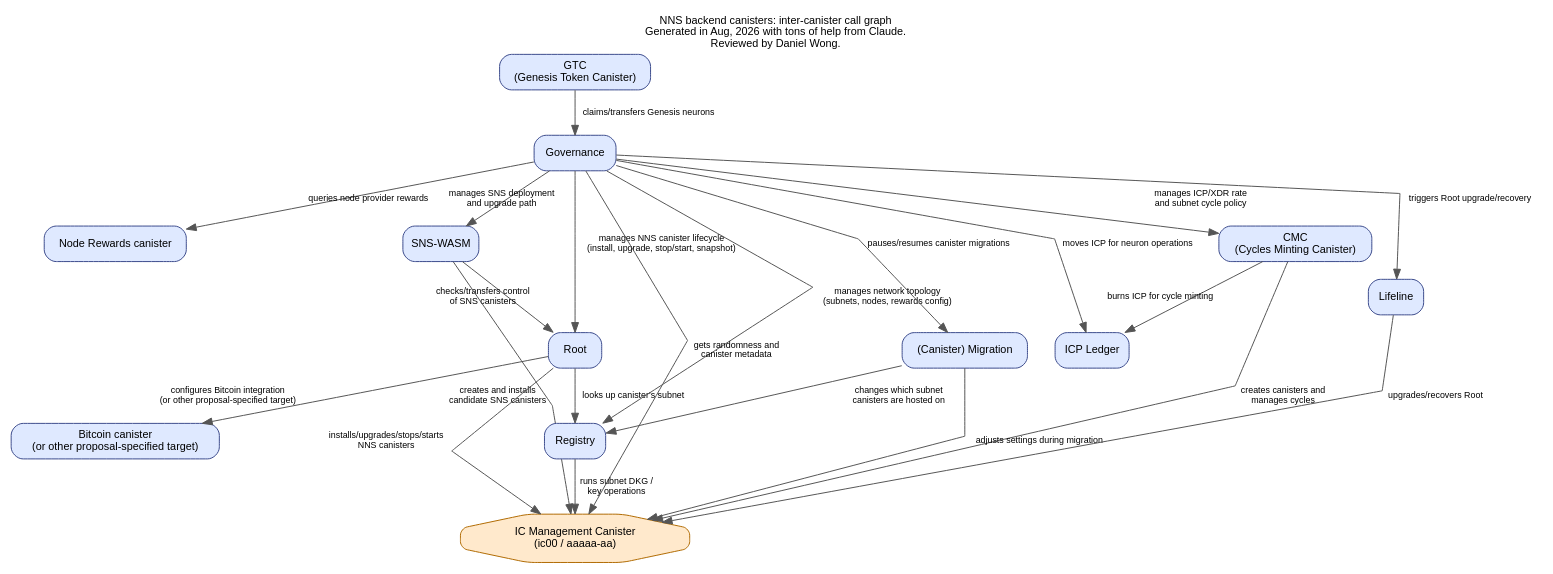
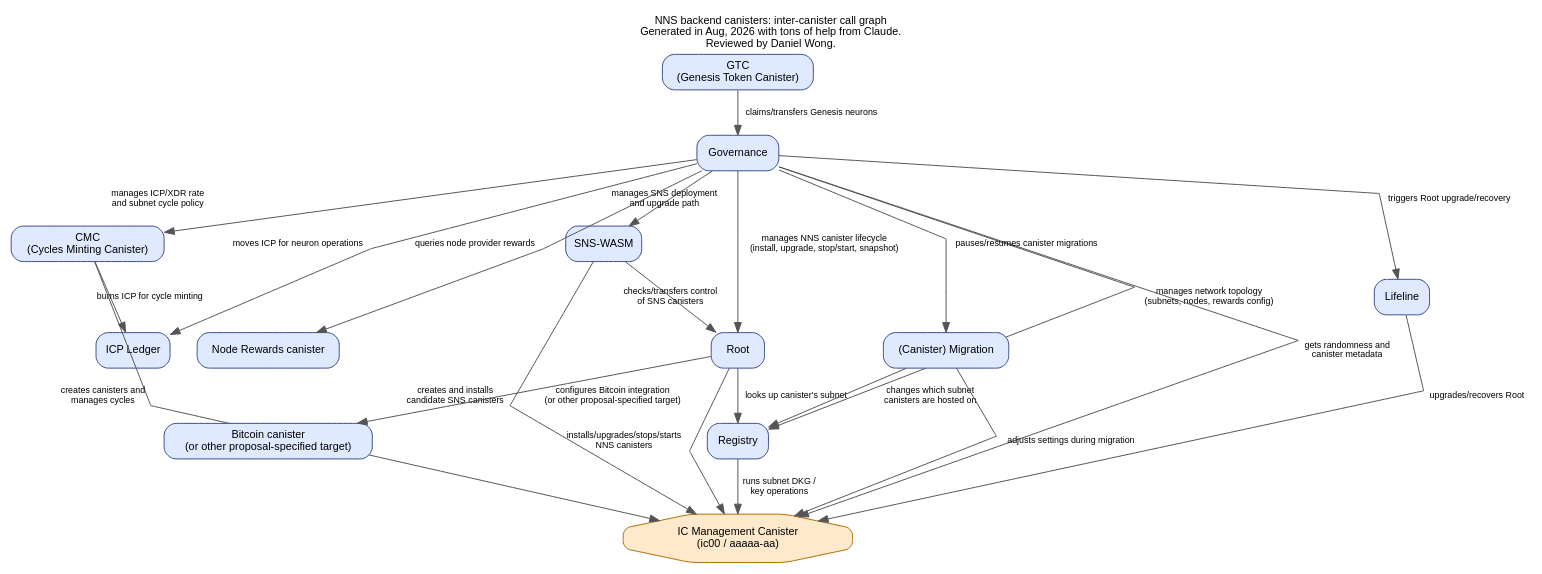
One commit to dfinity/ic changed the diagram in rs/nns/docs/canister_call_graph.dot. Above: the diagram before and after it, drawn with Graphviz. The commit also changed 1 other file, not shown here.

```diff
--- a/rs/nns/docs/canister_call_graph.dot
+++ b/rs/nns/docs/canister_call_graph.dot
@@ -12,24 +12,41 @@
   // effectively part of the trunk itself, not just adjacent to it -- it
   // installs/upgrades every other NNS canister -- and its Governance -> Root
   // / Root -> Registry edges are weighted (weight=20, see below) to actually
-  // pull it onto the trunk line; SnsWasm/Cmc/Ledger form the next ring in;
-  // and NodeRewards/ArbitraryCanister (left) and Migration/Lifeline (right)
-  // are the peripheral, narrow-scope canisters. This is a judgment call, not
-  // a rigid formula -- see PR discussion for the reasoning. Note that dot's
-  // layout is driven mostly by actual edge structure rather than pure
-  // declaration order once a node has more than one real edge, so getting
-  // this ring structure to render as intended also requires the invisible
-  // ordering edge down by the real edges (see below).
+  // pull it onto the trunk line. This is a judgment call, not a rigid
+  // formula -- see PR discussion for the reasoning. Note that dot's layout
+  // is driven mostly by actual edge structure rather than pure declaration
+  // order once a node has more than one real edge, so getting this ring
+  // structure to render as intended also requires the invisible ordering
+  // edge down by the real edges (see below).
+  //
+  // Left side: SnsWasm sits in the innermost ring (closest to the trunk, via
+  // its SnsWasm -> Root edge); Cmc/Ledger and the peripheral,
+  // narrow-scope NodeRewards/ArbitraryCanister sit further out. Cmc/Ledger
+  // were moved here (they used to sit on the right, next to the trunk) to
+  // rebalance the two sides after Root was pulled fully onto the trunk --
+  // that change alone had made the right side visibly heavier. Empirically
+  // (via `dot -Tplain` coordinates) this declaration order -- SnsWasm, then
+  // Cmc/Ledger, then NodeRewards/ArbitraryCanister -- is what keeps the
+  // trunk straight while landing Cmc/Ledger on the left; other orderings
+  // tried either bent the trunk or flipped SnsWasm to the right side (moving
+  // it away from the trunk, undoing its own closer-to-trunk positioning).
+  // Moving Migration to the left instead of/alongside Cmc/Ledger was also
+  // tried (per PR discussion) but consistently broke the trunk's
+  // straightness or collapsed the whole layout to one side, so Migration
+  // stays on the right with Lifeline.
+  //
+  // Right side: Migration/Lifeline are the peripheral, narrow-scope
+  // canisters here now that Cmc/Ledger have moved to the left.
+  SnsWasm      [label="SNS-WASM", fillcolor="#dfe9ff"];
+  Cmc          [label="CMC\n(Cycles Minting Canister)", fillcolor="#dfe9ff"];
+  Ledger       [label="ICP Ledger", fillcolor="#dfe9ff"];
   NodeRewards  [label="Node Rewards canister", fillcolor="#dfe9ff"];
   ArbitraryCanister [label="Bitcoin canister\n(or other proposal-specified target)", fillcolor="#dfe9ff"];
-  SnsWasm      [label="SNS-WASM", fillcolor="#dfe9ff"];
   Root         [fillcolor="#dfe9ff"];
   Gtc          [label="GTC\n(Genesis Token Canister)", fillcolor="#dfe9ff"];
   Governance   [fillcolor="#dfe9ff"];
   Registry     [fillcolor="#dfe9ff"];
   IcManagement [label="IC Management Canister\n(ic00 / aaaaa-aa)", shape=octagon, fillcolor="#ffe9cc", color="#b06a00"];
-  Cmc          [label="CMC\n(Cycles Minting Canister)", fillcolor="#dfe9ff"];
-  Ledger       [label="ICP Ledger", fillcolor="#dfe9ff"];
   Migration    [label="(Canister) Migration", fillcolor="#dfe9ff"];
   Lifeline     [fillcolor="#dfe9ff"];
 
```
